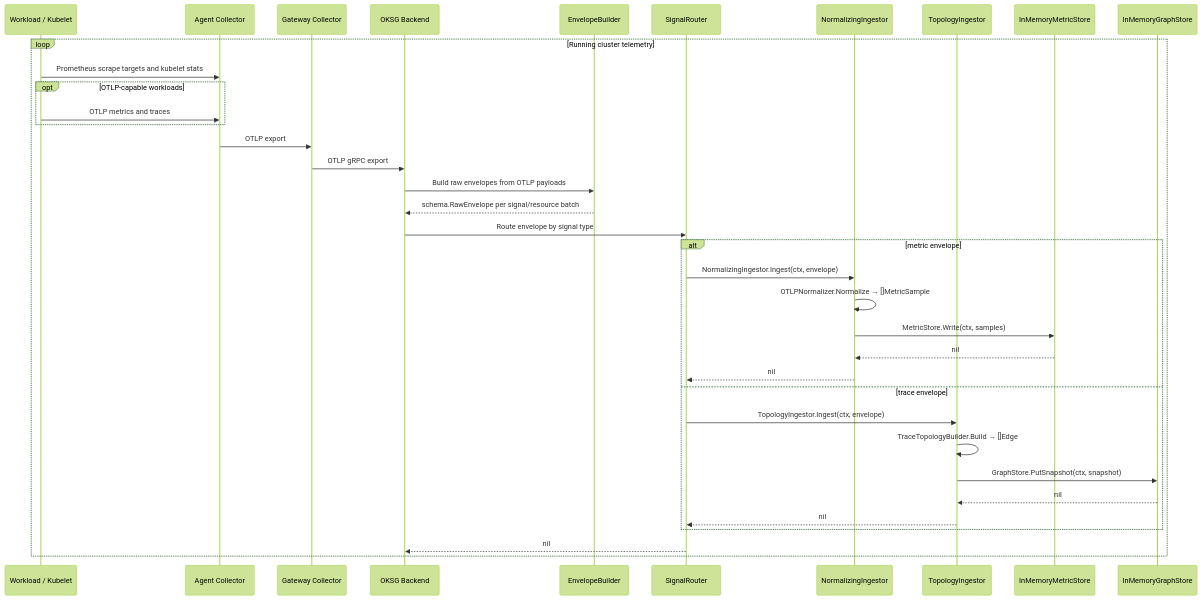
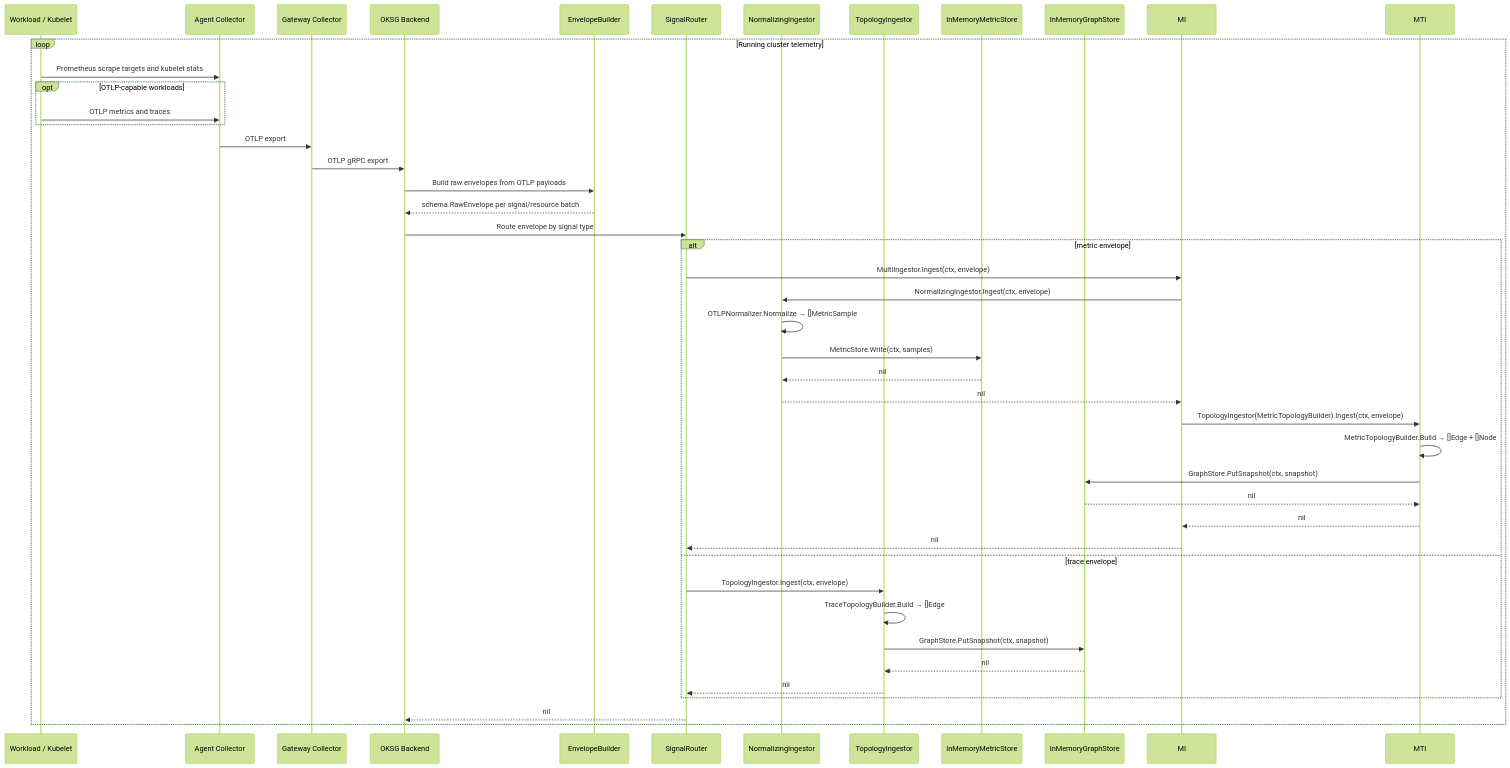
One commit to erickivel/karthos changed the first of 2 diagrams in docs/runtime-flow.md. Above: the diagram before and after it, drawn with Mermaid (forest theme). The commit also changed other lines of this file and 4 other files, not shown here.

````diff
--- a/docs/runtime-flow.md
+++ b/docs/runtime-flow.md
@@ -12,39 +12,46 @@
 ```mermaid
 sequenceDiagram
     participant Workload as Workload / Kubelet
     participant Agent as Agent Collector
     participant Gateway as Gateway Collector
     participant Backend as OKSG Backend
     participant Builder as EnvelopeBuilder
     participant Router as SignalRouter
     participant NI as NormalizingIngestor
     participant TI as TopologyIngestor
     participant MS as InMemoryMetricStore
     participant GS as InMemoryGraphStore
 
     loop Running cluster telemetry
         Workload->>Agent: Prometheus scrape targets and kubelet stats
         opt OTLP-capable workloads
             Workload->>Agent: OTLP metrics and traces
         end
         Agent->>Gateway: OTLP export
         Gateway->>Backend: OTLP gRPC export
         Backend->>Builder: Build raw envelopes from OTLP payloads
         Builder-->>Backend: schema.RawEnvelope per signal/resource batch
         Backend->>Router: Route envelope by signal type
         alt metric envelope
-            Router->>NI: NormalizingIngestor.Ingest(ctx, envelope)
+            Router->>MI: MultiIngestor.Ingest(ctx, envelope)
+            MI->>NI: NormalizingIngestor.Ingest(ctx, envelope)
             NI->>NI: OTLPNormalizer.Normalize → []MetricSample
             NI->>MS: MetricStore.Write(ctx, samples)
             MS-->>NI: nil
-            NI-->>Router: nil
+            NI-->>MI: nil
+            MI->>MTI: TopologyIngestor(MetricTopologyBuilder).Ingest(ctx, envelope)
+            MTI->>MTI: MetricTopologyBuilder.Build → []Edge + []Node
+            MTI->>GS: GraphStore.PutSnapshot(ctx, snapshot)
+            GS-->>MTI: nil
+            MTI-->>MI: nil
+            MI-->>Router: nil
         else trace envelope
             Router->>TI: TopologyIngestor.Ingest(ctx, envelope)
             TI->>TI: TraceTopologyBuilder.Build → []Edge
             TI->>GS: GraphStore.PutSnapshot(ctx, snapshot)
             GS-->>TI: nil
             TI-->>Router: nil
         end
         Router-->>Backend: nil
     end
 ```
````
